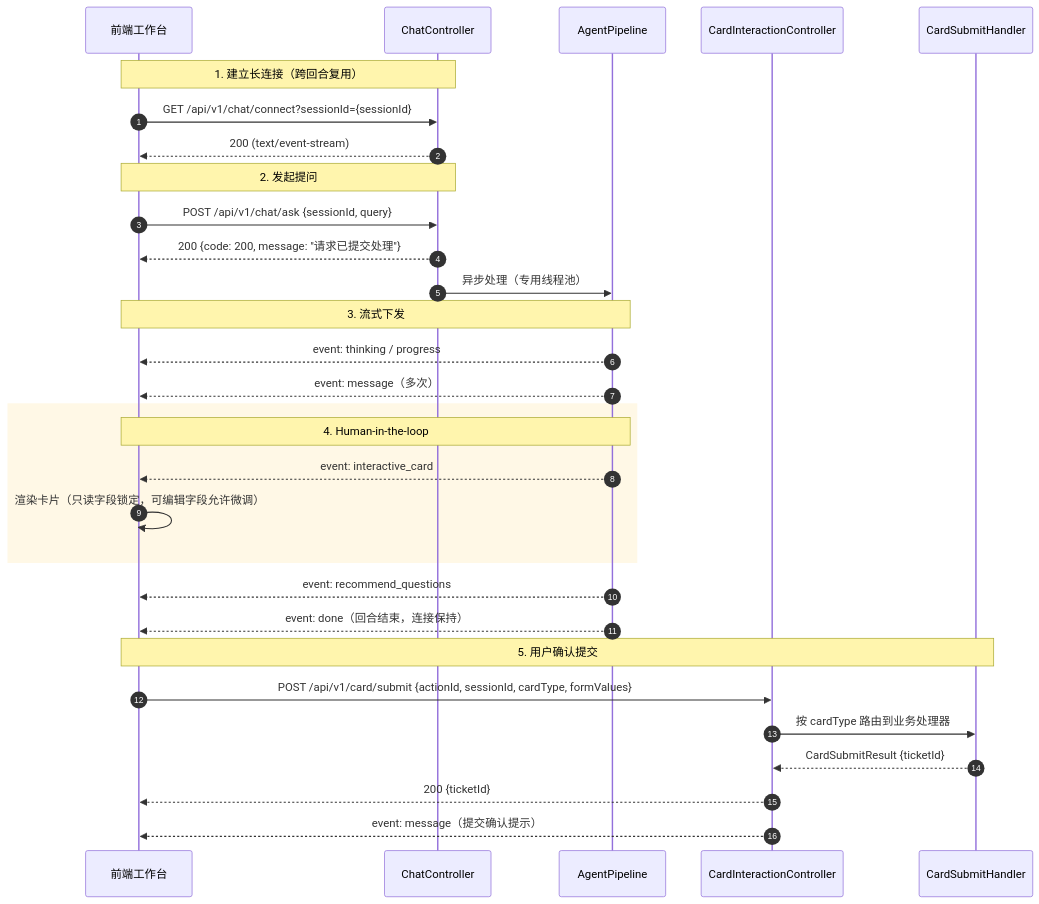
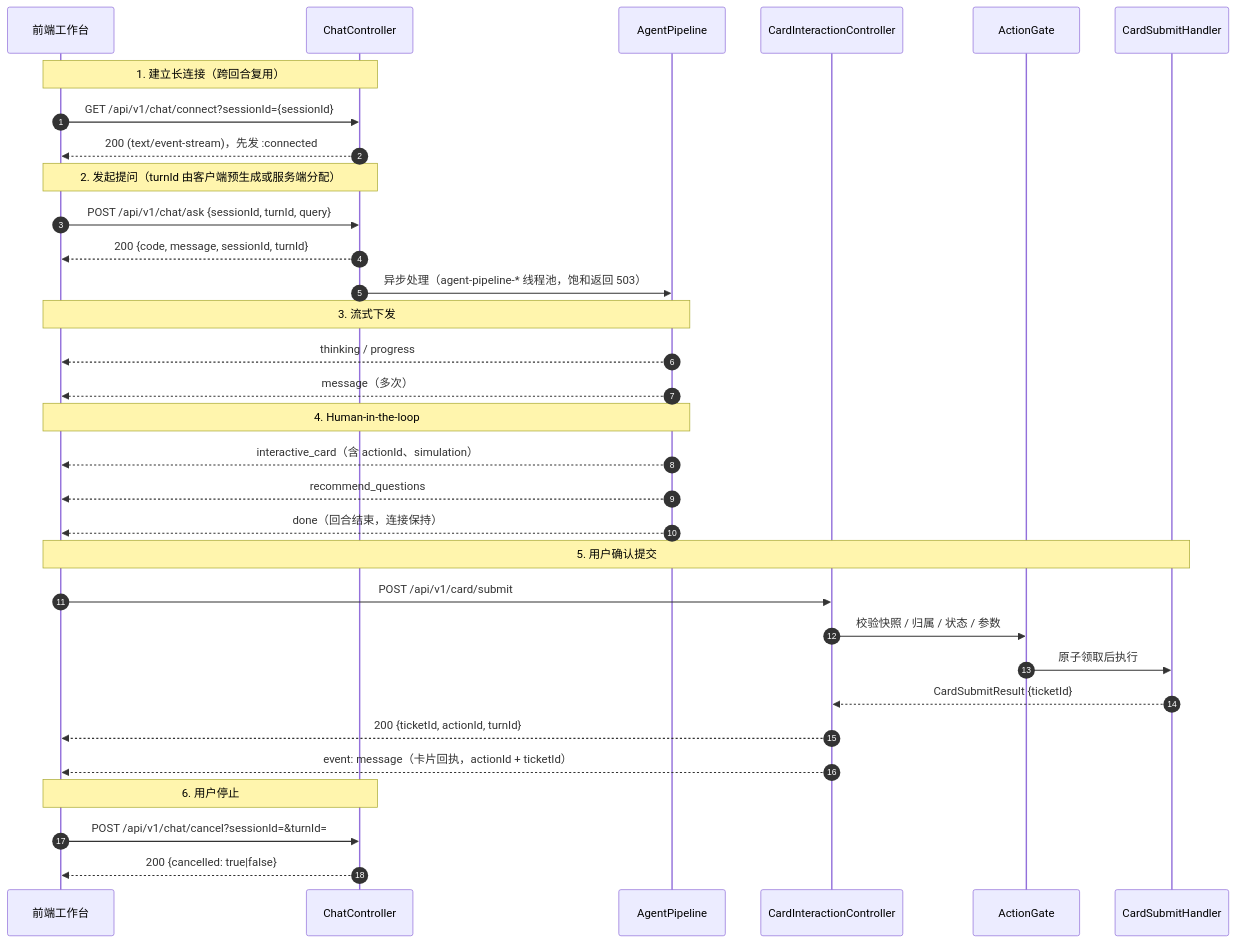
One commit to 1264585648/spring-ai-agentflow changed the diagram in docs/03-前后端接口与SSE协议契约.md. Above: the diagram before and after it, drawn with Mermaid. The commit also changed other lines of this file and 13 other files, not shown here.

````diff
--- a/docs/03-前后端接口与SSE协议契约.md
+++ b/docs/03-前后端接口与SSE协议契约.md
@@ -19,38 +23,40 @@
 ```mermaid
 sequenceDiagram
     autonumber
     participant UI as 前端工作台
     participant Chat as ChatController
     participant Pipeline as AgentPipeline
     participant Card as CardInteractionController
+    participant Gate as ActionGate
     participant SPI as CardSubmitHandler
 
     Note over UI, Chat: 1. 建立长连接（跨回合复用）
     UI->>Chat: GET /api/v1/chat/connect?sessionId={sessionId}
-    Chat-->>UI: 200 (text/event-stream)
+    Chat-->>UI: 200 (text/event-stream)，先发 :connected
 
-    Note over UI, Chat: 2. 发起提问
-    UI->>Chat: POST /api/v1/chat/ask {sessionId, query}
-    Chat-->>UI: 200 {code: 200, message: "请求已提交处理"}
-    Chat->>Pipeline: 异步处理（专用线程池）
+    Note over UI, Chat: 2. 发起提问（turnId 由客户端预生成或服务端分配）
+    UI->>Chat: POST /api/v1/chat/ask {sessionId, turnId, query}
+    Chat-->>UI: 200 {code, message, sessionId, turnId}
+    Chat->>Pipeline: 异步处理（agent-pipeline-* 线程池，饱和返回 503）
 
     Note over Pipeline, UI: 3. 流式下发
-    Pipeline-->>UI: event: thinking / progress
-    Pipeline-->>UI: event: message（多次）
+    Pipeline-->>UI: thinking / progress
+    Pipeline-->>UI: message（多次）
 
-    rect rgb(255, 248, 230)
     Note over Pipeline, UI: 4. Human-in-the-loop
-    Pipeline-->>UI: event: interactive_card
-    UI->>UI: 渲染卡片（只读字段锁定，可编辑字段允许微调）
-    end
-
-    Pipeline-->>UI: event: recommend_questions
-    Pipeline-->>UI: event: done（回合结束，连接保持）
+    Pipeline-->>UI: interactive_card（含 actionId、simulation）
+    Pipeline-->>UI: recommend_questions
+    Pipeline-->>UI: done（回合结束，连接保持）
 
     Note over UI, SPI: 5. 用户确认提交
-    UI->>Card: POST /api/v1/card/submit {actionId, sessionId, cardType, formValues}
-    Card->>SPI: 按 cardType 路由到业务处理器
+    UI->>Card: POST /api/v1/card/submit
+    Card->>Gate: 校验快照 / 归属 / 状态 / 参数
+    Gate->>SPI: 原子领取后执行
     SPI-->>Card: CardSubmitResult {ticketId}
-    Card-->>UI: 200 {ticketId}
-    Card-->>UI: event: message（提交确认提示）
+    Card-->>UI: 200 {ticketId, actionId, turnId}
+    Card-->>UI: event: message（卡片回执，actionId + ticketId）
+
+    Note over UI, Chat: 6. 用户停止
+    UI->>Chat: POST /api/v1/chat/cancel?sessionId=&turnId=
+    Chat-->>UI: 200 {cancelled: true|false}
 ```
````
